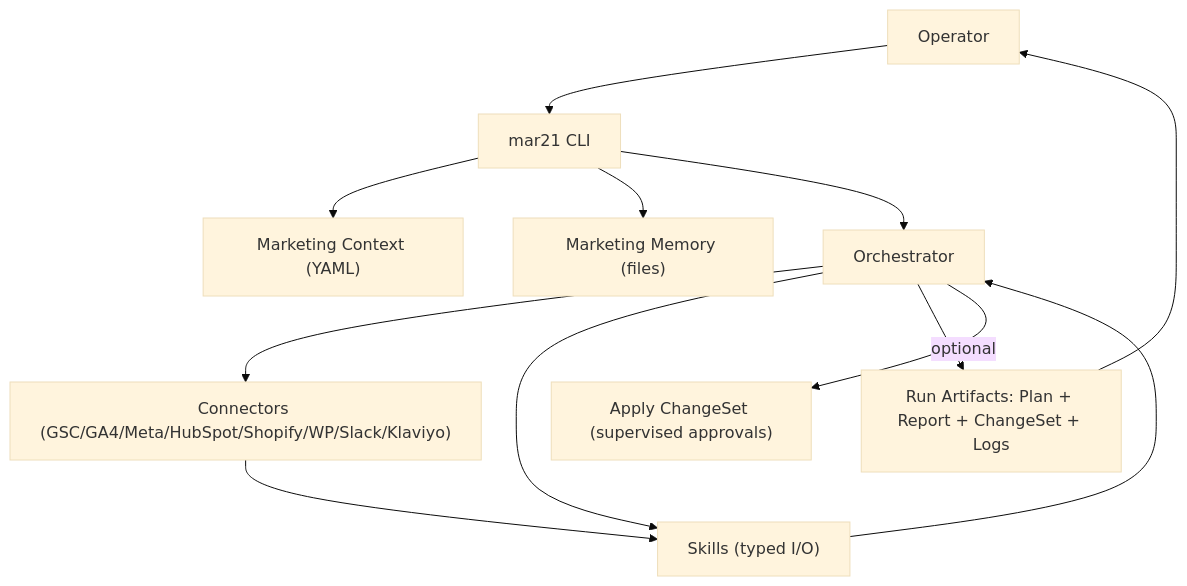
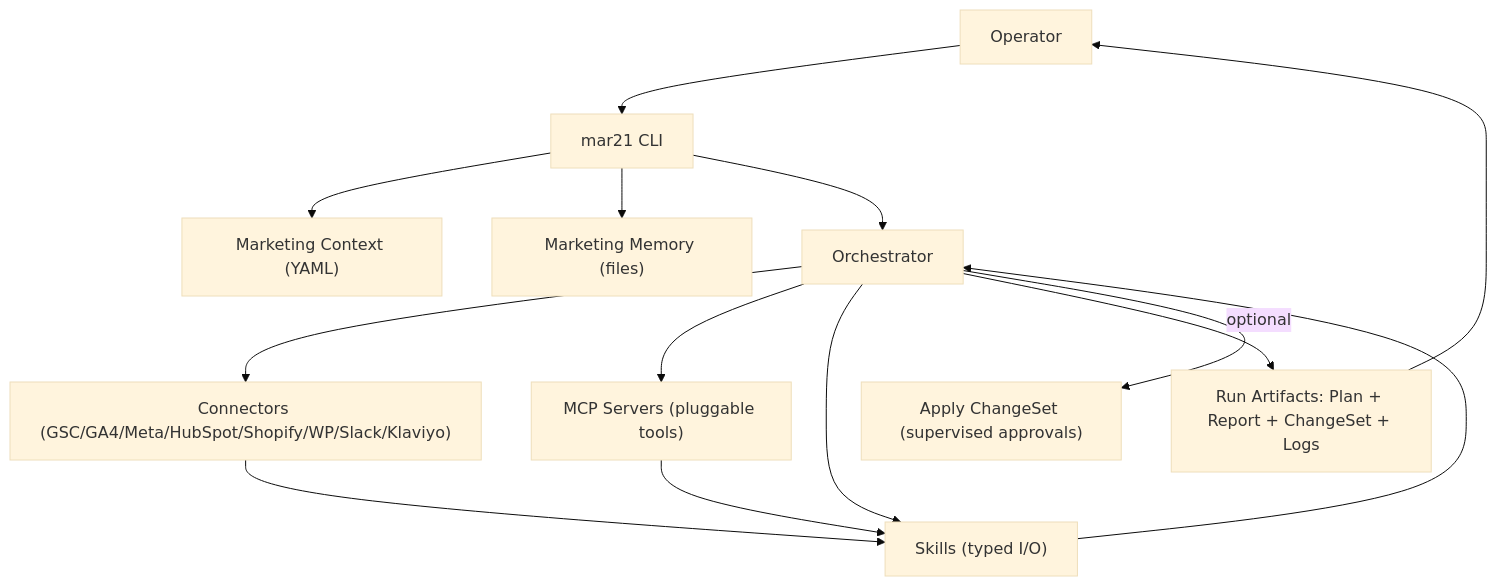
Before and after one commit to SebastianKater-Wegscheider/mar21: the diagram in docs/ARCHITECTURE.md, drawn with Mermaid (base theme). The commit also changed other lines of this file and 16 other files, not shown here.

First line of the commit message:
MCP-first foundation: pluggable servers + CLI tools

````diff
--- a/docs/ARCHITECTURE.md
+++ b/docs/ARCHITECTURE.md
@@ -33,14 +34,16 @@
 ```mermaid
 flowchart TD
   U["Operator"] --> CLI["mar21 CLI"]
   CLI --> CTX["Marketing Context (YAML)"]
   CLI --> MEM["Marketing Memory (files)"]
   CLI --> ORCH["Orchestrator"]
   ORCH --> CONN["Connectors (GSC/GA4/Meta/HubSpot/Shopify/WP/Slack/Klaviyo)"]
+  ORCH --> MCP["MCP Servers (pluggable tools)"]
   ORCH --> SK["Skills (typed I/O)"]
   CONN --> SK
+  MCP --> SK
   SK --> ORCH
   ORCH --> ART["Run Artifacts: Plan + Report + ChangeSet + Logs"]
   ART --> U
   ORCH -->|optional| APPLY["Apply ChangeSet (supervised approvals)"]
 ```
````
